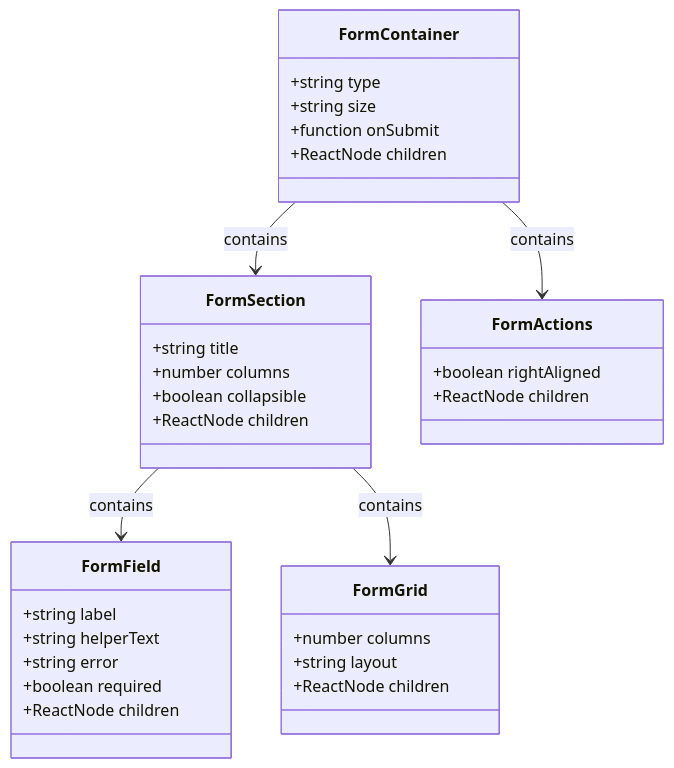
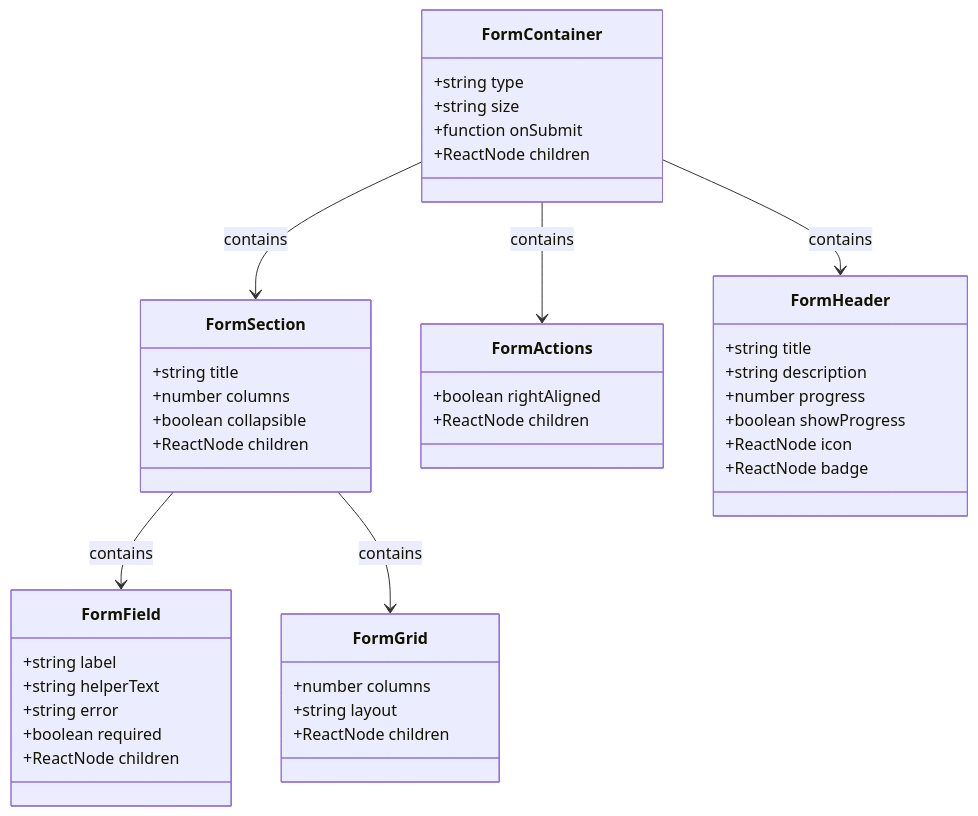
Before and after one commit to geniusdynamics/schoolpilot: the second of 10 diagrams in .qoder/repowiki/en/content/Development Tools & Scripts/Form Migration Plan.md, drawn with Mermaid. The commit also changed other lines of this file and 760 other files, not shown here.

````diff
--- a/.qoder/repowiki/en/content/Development Tools & Scripts/Form Migration Plan.md
+++ b/.qoder/repowiki/en/content/Development Tools & Scripts/Form Migration Plan.md
@@ -125,35 +134,44 @@
 ```mermaid
 classDiagram
 class FormContainer {
 +string type
 +string size
 +function onSubmit
 +ReactNode children
 }
 class FormSection {
 +string title
 +number columns
 +boolean collapsible
 +ReactNode children
 }
 class FormField {
 +string label
 +string helperText
 +string error
 +boolean required
 +ReactNode children
 }
 class FormActions {
 +boolean rightAligned
 +ReactNode children
 }
 class FormGrid {
 +number columns
 +string layout
 +ReactNode children
 }
+class FormHeader {
++string title
++string description
++number progress
++boolean showProgress
++ReactNode icon
++ReactNode badge
+}
 FormContainer --> FormSection : contains
 FormSection --> FormField : contains
 FormSection --> FormGrid : contains
 FormContainer --> FormActions : contains
+FormContainer --> FormHeader : contains
 ```
````
